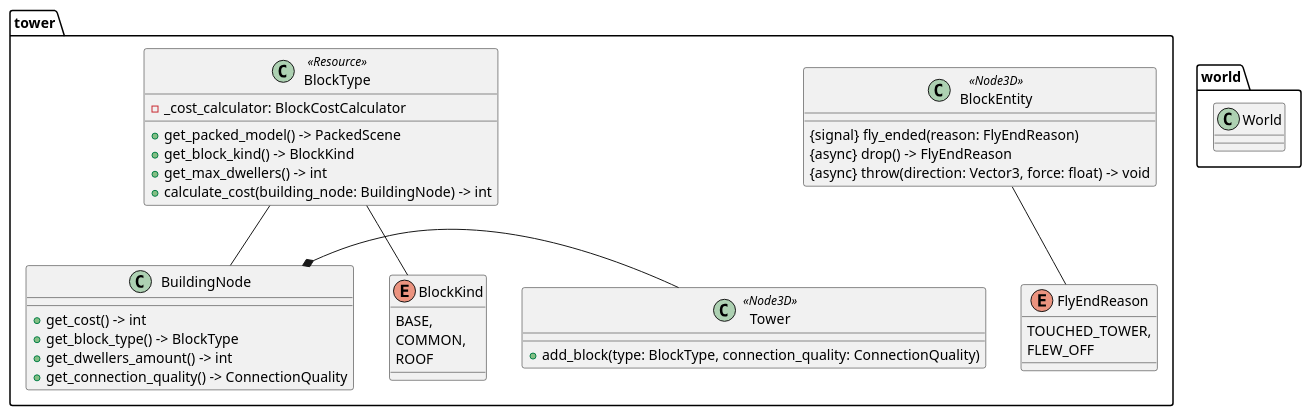
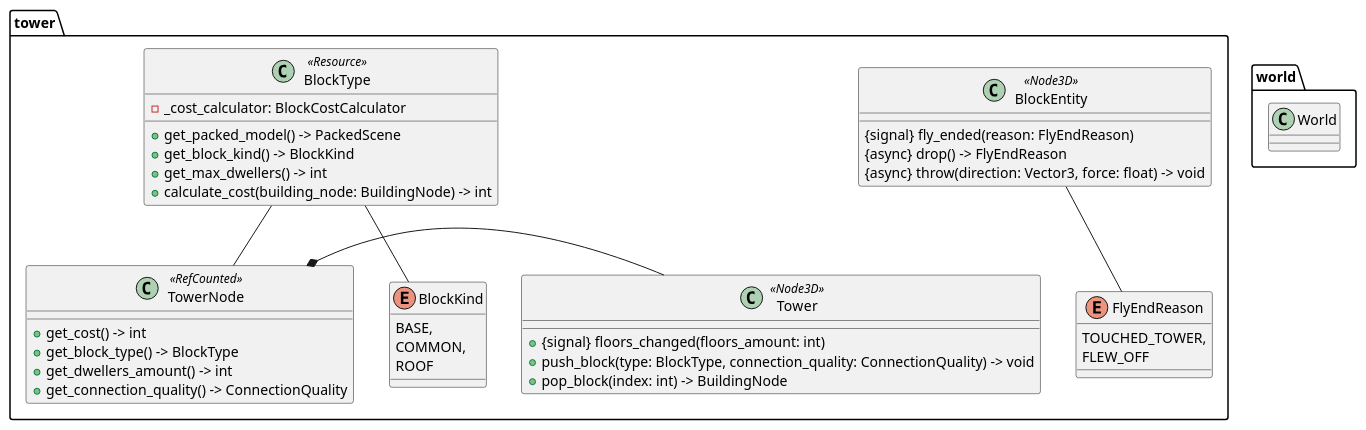
One commit to evosome/DesktopBloxx changed the diagram in docs/umls/tower_classes.plantuml. Above: the diagram before and after it, drawn with PlantUML. The commit also changed 15 other files, not shown here.

```diff
--- a/docs/umls/tower_classes.plantuml
+++ b/docs/umls/tower_classes.plantuml
@@ -1,55 +1,57 @@
 
 package world {
 
     class World {
 
     }
 
 }
 
 package tower {
 
     class Tower <<Node3D>> {
-        + add_block(type: BlockType, connection_quality: ConnectionQuality)
+        + {signal} floors_changed(floors_amount: int)
+        + push_block(type: BlockType, connection_quality: ConnectionQuality) -> void
+        + pop_block(index: int) -> BuildingNode
     }
 
-    class BuildingNode {
+    class TowerNode <<RefCounted>> {
         + get_cost() -> int
         + get_block_type() -> BlockType
         + get_dwellers_amount() -> int
         + get_connection_quality() -> ConnectionQuality
     }
 
-    Tower -* BuildingNode
+    Tower -* TowerNode
 
     enum FlyEndReason {
         TOUCHED_TOWER,
         FLEW_OFF
     }
 
     class BlockEntity <<Node3D>> {
         {signal} fly_ended(reason: FlyEndReason)
         {async} drop() -> FlyEndReason
         {async} throw(direction: Vector3, force: float) -> void
     }
 
     BlockEntity -- FlyEndReason
 
     enum BlockKind {
         BASE,
         COMMON,
         ROOF
     }
 
     class BlockType <<Resource>> {
         - _cost_calculator: BlockCostCalculator
         + get_packed_model() -> PackedScene
         + get_block_kind() -> BlockKind
         + get_max_dwellers() -> int
         + calculate_cost(building_node: BuildingNode) -> int
     }
 
-    BlockType -- BuildingNode
+    BlockType -- TowerNode
     BlockType -- BlockKind
 
 }
```
